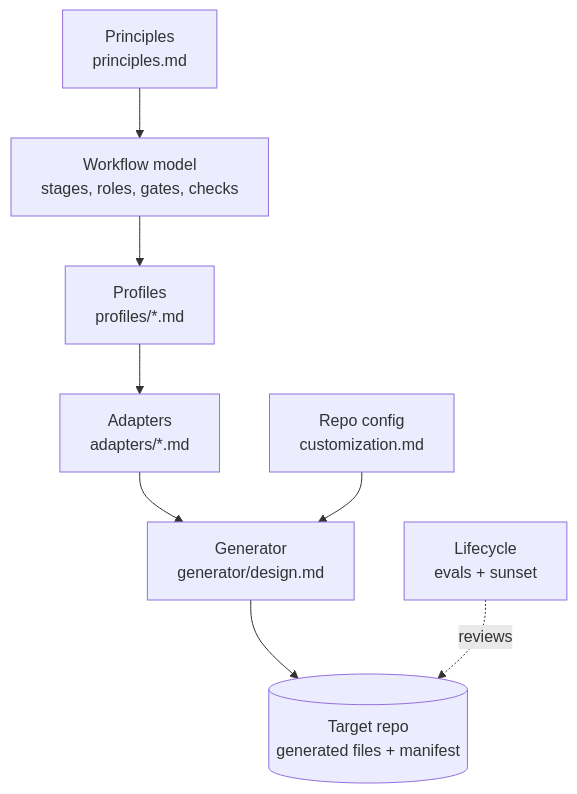
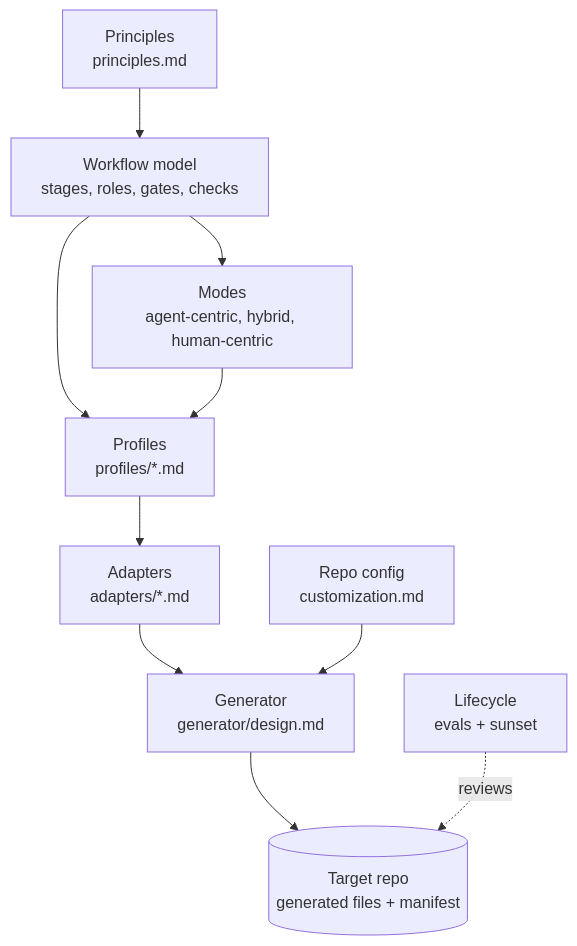
Before and after one commit to brawblan/ai-workflow: the diagram in framework/README.md, drawn with Mermaid. The commit also changed other lines of this file and 22 other files, not shown here.

First line of the commit message:
docs(framework): add agent-centric, hybrid, and human-centric modes

````diff
--- a/framework/README.md
+++ b/framework/README.md
@@ -17,10 +17,12 @@
 ```mermaid
 flowchart TB
   P[Principles<br/>principles.md] --> M[Workflow model<br/>stages, roles, gates, checks]
   M --> PR[Profiles<br/>profiles/*.md]
+  M --> MO[Modes<br/>agent-centric, hybrid, human-centric]
+  MO --> PR
   PR --> A[Adapters<br/>adapters/*.md]
   A --> G[Generator<br/>generator/design.md]
   G --> R[(Target repo<br/>generated files + manifest)]
   C[Repo config<br/>customization.md] --> G
   L[Lifecycle<br/>evals + sunset] -.reviews.-> R
 ```
````
